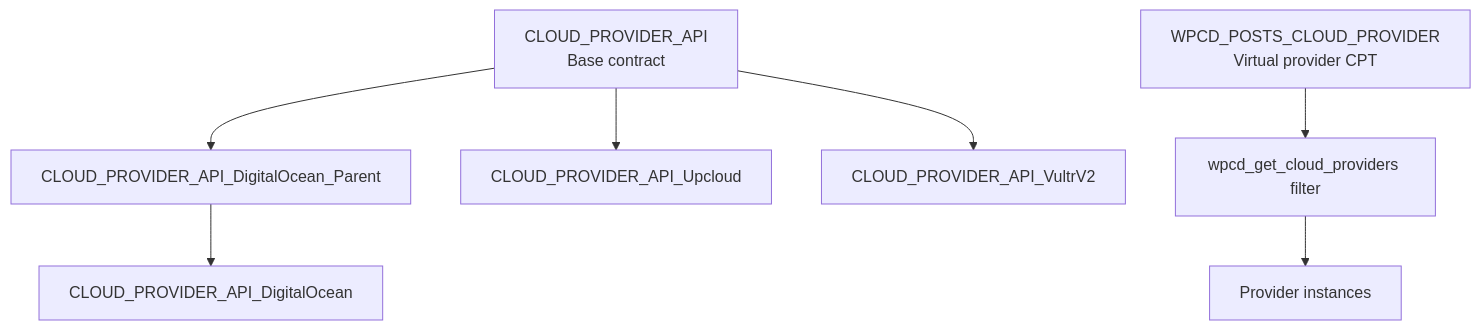
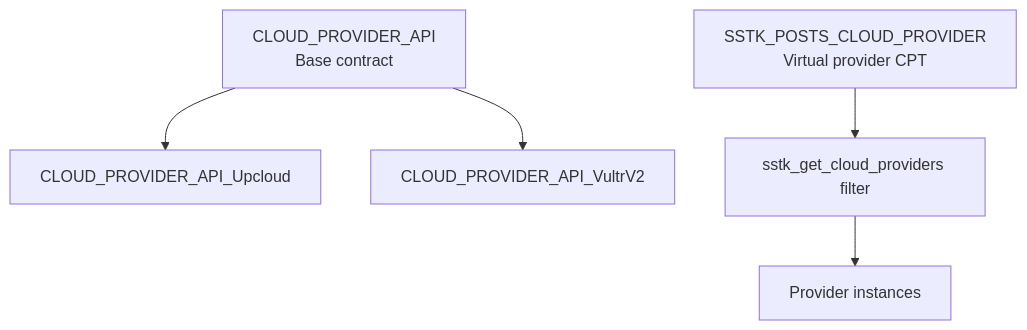
Before and after one commit to onedogsolutions/simple-stack: the first of 7 diagrams in .qoder/repowiki/en/content/Cloud Provider Integration/Provider Abstraction Layer.md, drawn with Mermaid. The commit also changed other lines of this file and 5941 other files, not shown here.

````diff
--- a/.qoder/repowiki/en/content/Cloud Provider Integration/Provider Abstraction Layer.md
+++ b/.qoder/repowiki/en/content/Cloud Provider Integration/Provider Abstraction Layer.md
@@ -45,9 +42,7 @@
 ```mermaid
 graph TB
-Base["CLOUD_PROVIDER_API<br/>Base contract"] --> DO_Parent["CLOUD_PROVIDER_API_DigitalOcean_Parent"]
-DO_Parent --> DO["CLOUD_PROVIDER_API_DigitalOcean"]
-Base --> Upcloud["CLOUD_PROVIDER_API_Upcloud"]
+Base["CLOUD_PROVIDER_API<br/>Base contract"] --> Upcloud["CLOUD_PROVIDER_API_Upcloud"]
 Base --> Vultr["CLOUD_PROVIDER_API_VultrV2"]
-WP_Posts["WPCD_POSTS_CLOUD_PROVIDER<br/>Virtual provider CPT"] --> Registry["wpcd_get_cloud_providers filter"]
+WP_Posts["SSTK_POSTS_CLOUD_PROVIDER<br/>Virtual provider CPT"] --> Registry["sstk_get_cloud_providers filter"]
 Registry --> Providers["Provider instances"]
 ```
````
